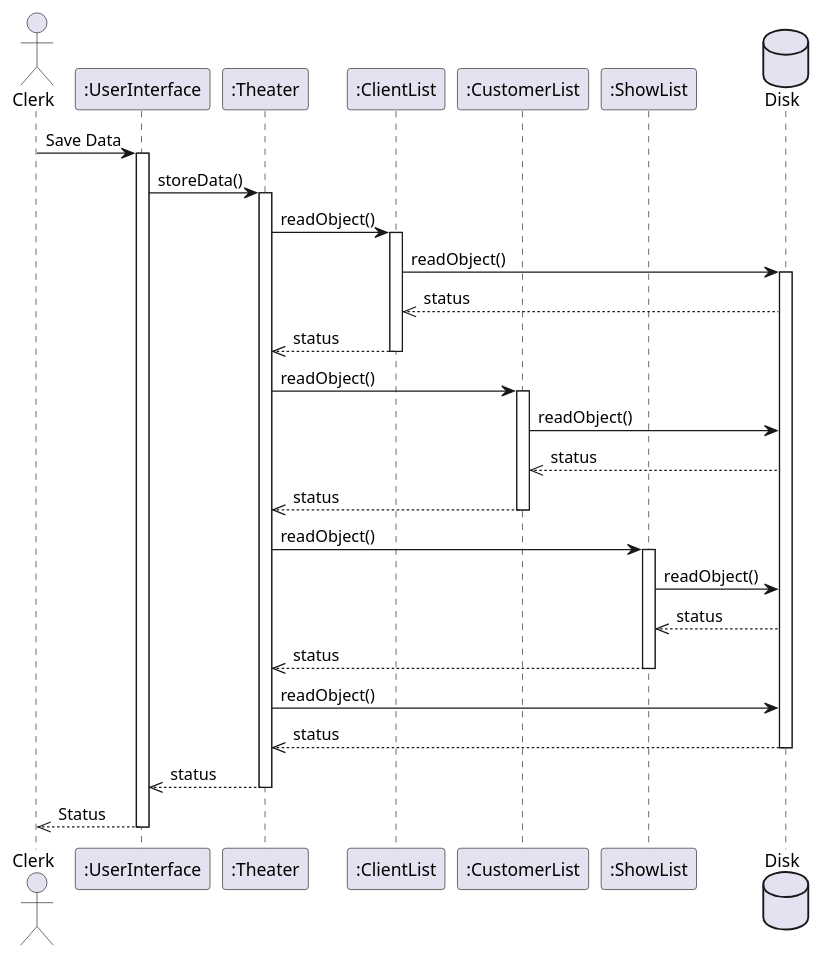
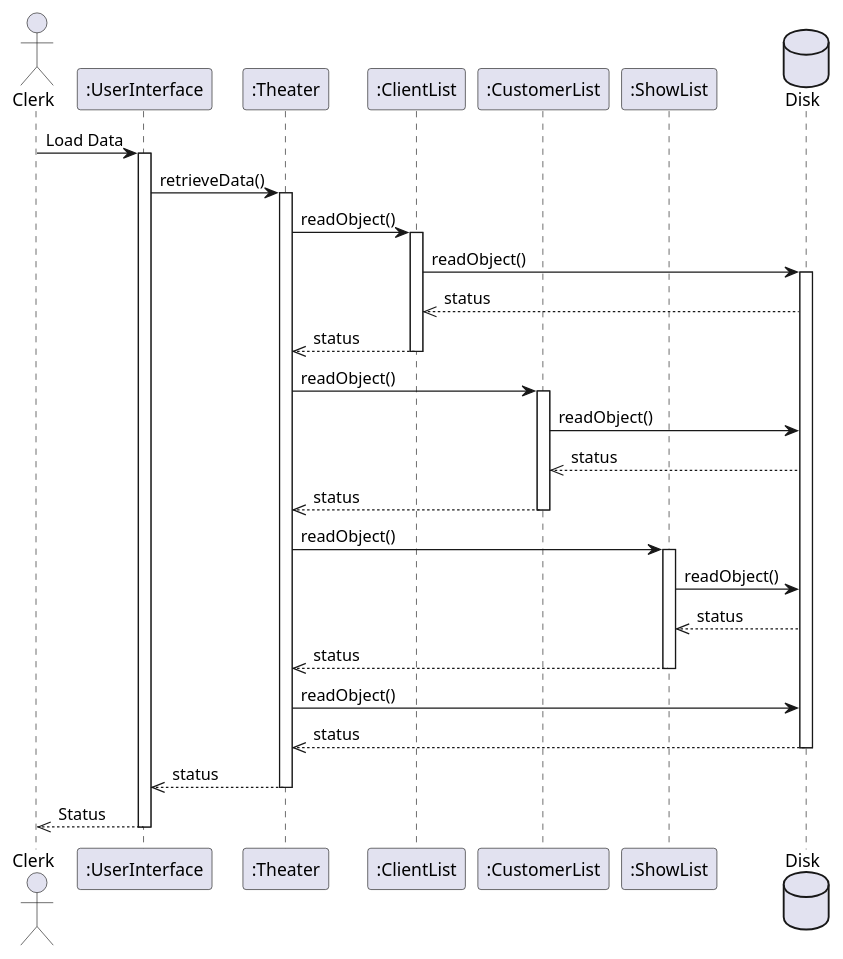
Before and after one commit to FreezeWarp/372Groupwork: the diagram in src/SequenceDiagrams/LoadState.pu, drawn with PlantUML. The commit also changed 3 other files, not shown here.

Commit message:
Minor UML and LoadState SD fixes

```diff
--- a/src/SequenceDiagrams/LoadState.pu
+++ b/src/SequenceDiagrams/LoadState.pu
@@ -1,51 +1,51 @@
 @startuml
 
 actor Clerk
 participant ":UserInterface"
 participant ":Theater"
 participant ":ClientList"
 participant ":CustomerList"
 participant ":ShowList"
 database Disk
 
-Clerk -> ":UserInterface" : Save Data
+Clerk -> ":UserInterface" : Load Data
 activate ":UserInterface"
 
-":UserInterface" -> ":Theater" : storeData()
+":UserInterface" -> ":Theater" : retrieveData()
 activate ":Theater"
 
 ":Theater" -> ":ClientList": readObject()
 activate ":ClientList"
 ":ClientList" -> Disk: readObject()
 activate Disk
 Disk -->> ":ClientList": status
 ":ClientList" -->> ":Theater": status
 deactivate ":ClientList"
 
 ":Theater" -> ":CustomerList": readObject()
 activate ":CustomerList"
 ":CustomerList" -> Disk: readObject()
 Disk -->> ":CustomerList": status
 ":CustomerList" -->> ":Theater": status
 deactivate ":CustomerList"
 
 ":Theater" -> ":ShowList": readObject()
 activate ":ShowList"
 ":ShowList" -> Disk: readObject()
 Disk -->> ":ShowList": status
 ":ShowList" -->> ":Theater": status
 deactivate ":ShowList"
 
 ":Theater" -> Disk: readObject()
 Disk -->> ":Theater": status
 
 deactivate Disk
 
 ":Theater" -->> ":UserInterface": status
 deactivate ":Theater"
 
 ":UserInterface" -->> Clerk: Status
 deactivate ":UserInterface"
 deactivate Clerk
 
 @enduml
```
